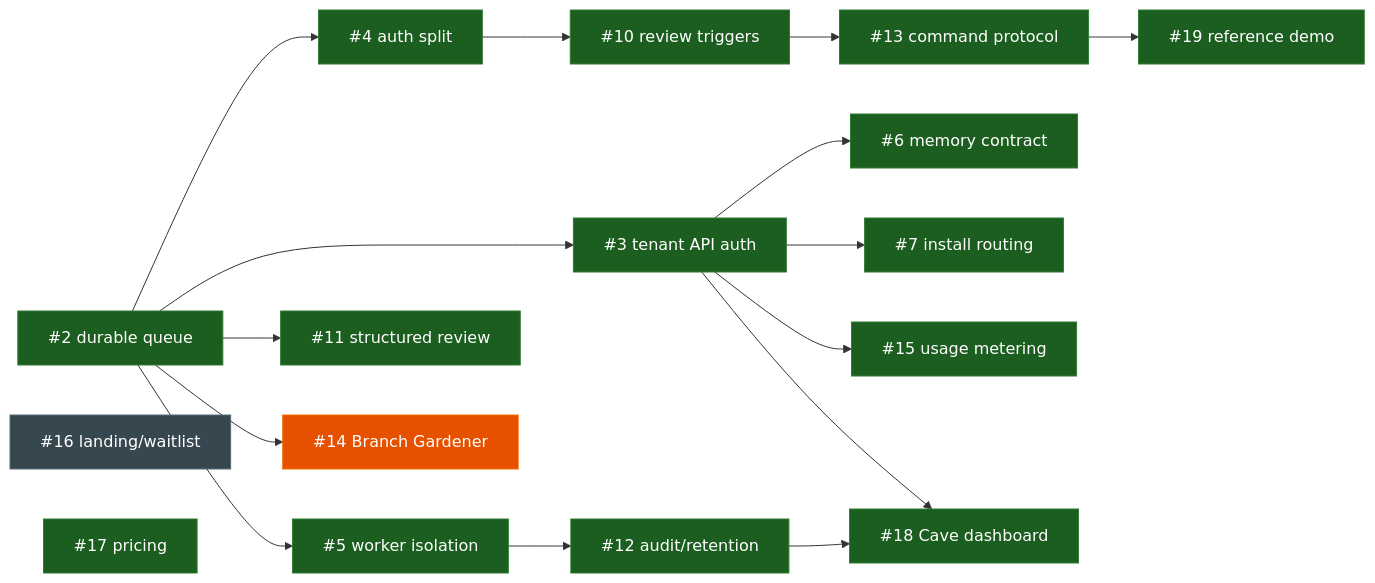
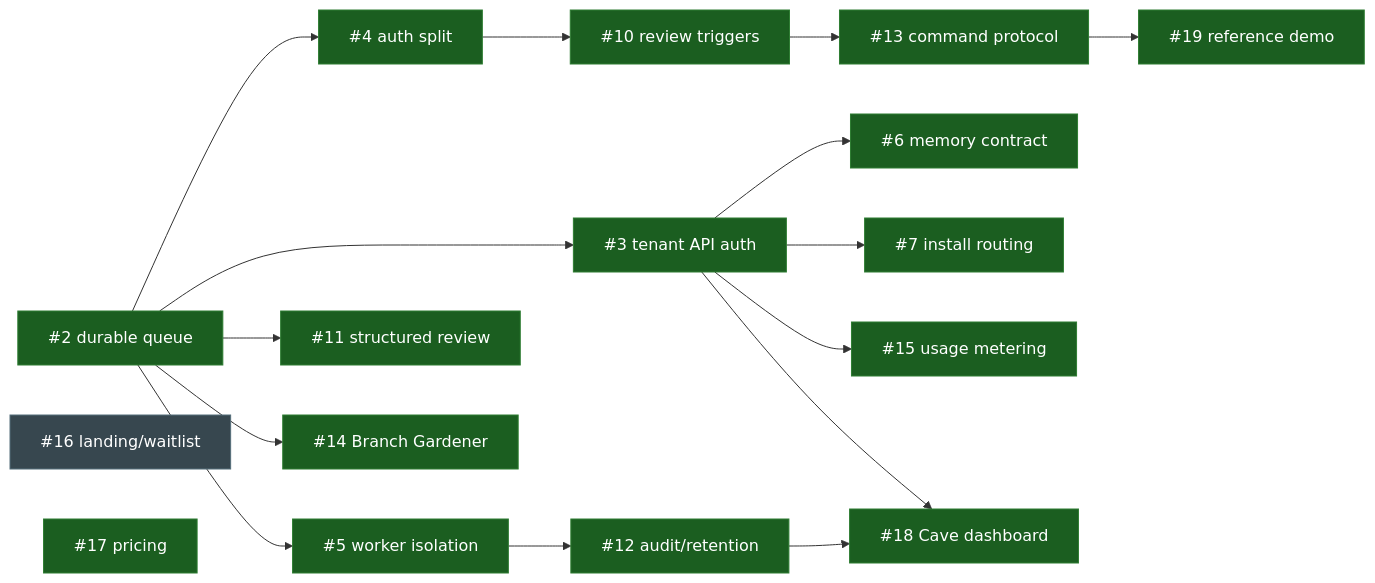
Before and after one commit to OpenCoven/coven-github: the diagram in docs/backlog-dag.md, drawn with Mermaid. The commit also changed other lines of this file and 9 other files, not shown here.

First line of the commit message:
feat: schedule Branch Gardener runs (#14)

````diff
--- a/docs/backlog-dag.md
+++ b/docs/backlog-dag.md
@@ -68,30 +68,30 @@
 ```mermaid
 flowchart LR
   classDef done fill:#1b5e20,stroke:#2e7d32,color:#fff
   classDef wip fill:#e65100,stroke:#ef6c00,color:#fff
   classDef gtm fill:#37474f,stroke:#546e7a,color:#fff
 
   I2["#2 durable queue"]:::done
   I4["#4 auth split"]:::done
   I10["#10 review triggers"]:::done
   I13["#13 command protocol"]:::done
   I19["#19 reference demo"]:::done
   I3["#3 tenant API auth"]:::done
   I5["#5 worker isolation"]:::done
   I11["#11 structured review"]:::done
   I6["#6 memory contract"]:::done
   I7["#7 install routing"]:::done
   I15["#15 usage metering"]:::done
   I12["#12 audit/retention"]:::done
   I18["#18 Cave dashboard"]:::done
-  I14["#14 Branch Gardener"]:::wip
+  I14["#14 Branch Gardener"]:::done
   I16["#16 landing/waitlist"]:::gtm
   I17["#17 pricing"]:::done
 
   I2 --> I4 --> I10 --> I13 --> I19
   I2 --> I3 & I5 & I11 & I14
   I3 --> I6 & I7 & I15
   I5 --> I12
   I3 --> I18
   I12 --> I18
 ```
````
